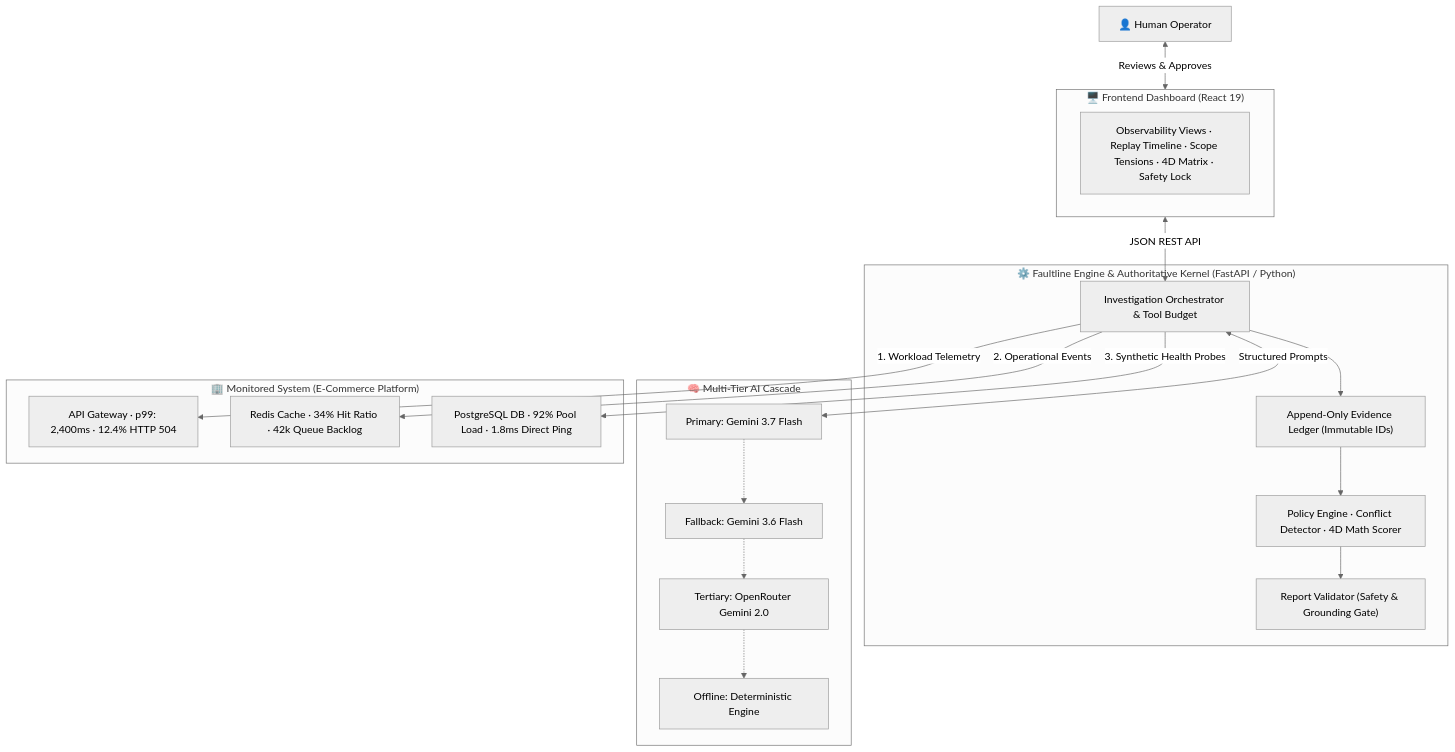
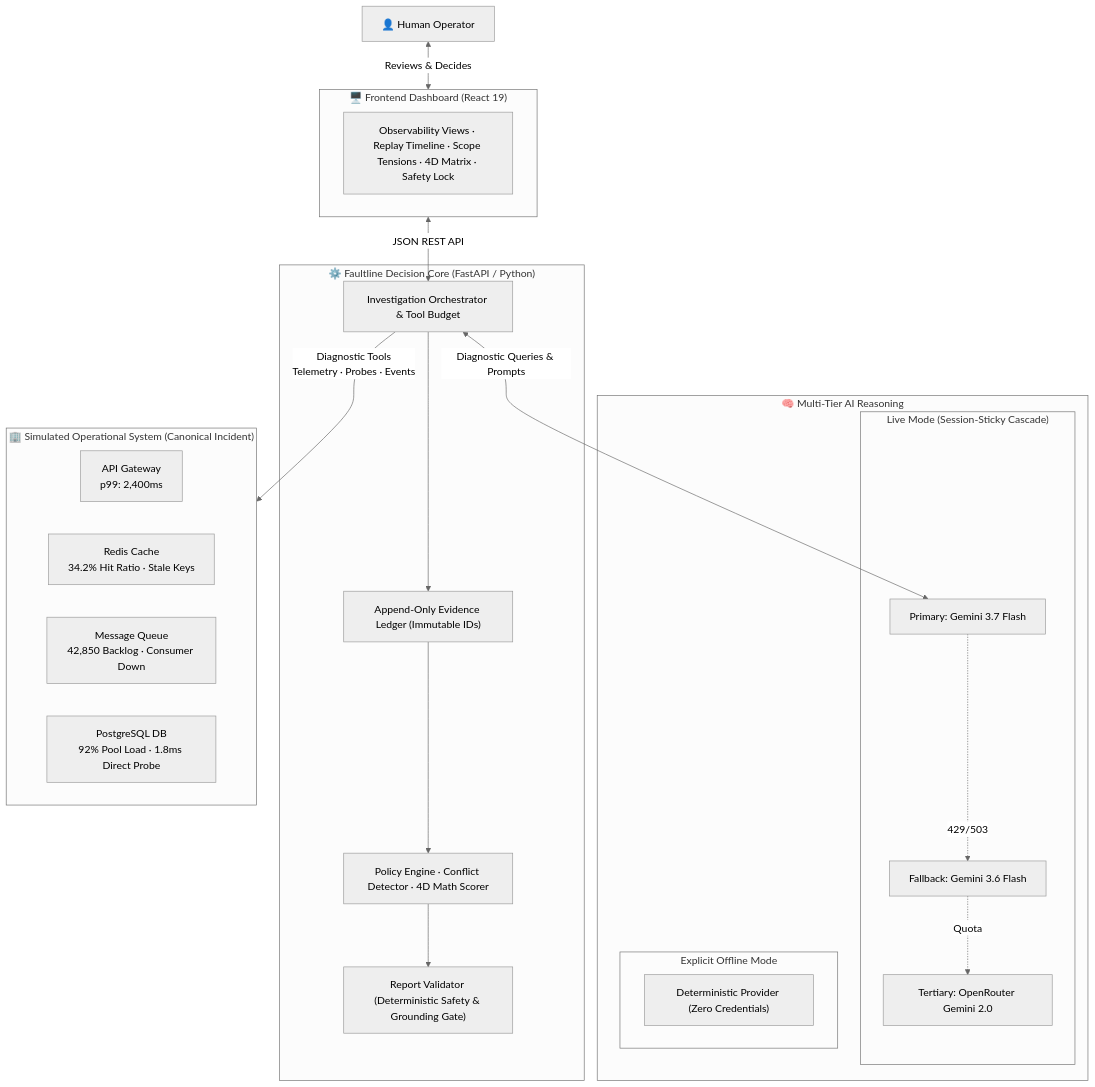
One commit to AnasBabari/LEC_AI changed the first of 3 diagrams in README.md. Above: the diagram before and after it, drawn with Mermaid (neutral theme). The commit also changed other lines of this file, not shown here.

First line of the commit message:
docs(readme): correct architecture diagrams, provider cascade tiers, and complete 6-scenario catalogue

````diff
--- a/README.md
+++ b/README.md
@@ -90,35 +90,38 @@
 ```mermaid
 flowchart TB
     subgraph UI["🖥️ Frontend Dashboard (React 19)"]
         Dash["Observability Views · Replay Timeline · Scope Tensions · 4D Matrix · Safety Lock"]
     end
 
-    subgraph Backend["⚙️ Faultline Engine & Authoritative Kernel (FastAPI / Python)"]
+    subgraph Backend["⚙️ Faultline Decision Core (FastAPI / Python)"]
         Orchestrator["Investigation Orchestrator & Tool Budget"]
         Ledger["Append-Only Evidence Ledger (Immutable IDs)"]
         Engine["Policy Engine · Conflict Detector · 4D Math Scorer"]
-        Validator["Report Validator (Safety & Grounding Gate)"]
+        Validator["Report Validator (Deterministic Safety & Grounding Gate)"]
         Orchestrator --> Ledger --> Engine --> Validator
     end
 
-    subgraph AI["🧠 Multi-Tier AI Cascade"]
-        Tier1["Primary: Gemini 3.7 Flash"]
-        Tier2["Fallback: Gemini 3.6 Flash"]
-        Tier3["Tertiary: OpenRouter Gemini 2.0"]
-        Tier4["Offline: Deterministic Engine"]
-        Tier1 -.-> Tier2 -.-> Tier3 -.-> Tier4
+    subgraph AI["🧠 Multi-Tier AI Reasoning"]
+        subgraph LiveMode["Live Mode (Session-Sticky Cascade)"]
+            Tier1["Primary: Gemini 3.7 Flash"]
+            Tier2["Fallback: Gemini 3.6 Flash"]
+            Tier3["Tertiary: OpenRouter Gemini 2.0"]
+            Tier1 -. 429/503 .-> Tier2 -. Quota .-> Tier3
+        end
+        subgraph OfflineMode["Explicit Offline Mode"]
+            Offline["Deterministic Provider (Zero Credentials)"]
+        end
     end
 
-    subgraph MonitoredSystem["🏢 Monitored System (E-Commerce Platform)"]
-        GW["API Gateway · p99: 2,400ms · 12.4% HTTP 504"]
-        Cache["Redis Cache · 34% Hit Ratio · 42k Queue Backlog"]
-        DB["PostgreSQL DB · 92% Pool Load · 1.8ms Direct Ping"]
+    subgraph Target["🏢 Simulated Operational System (Canonical Incident)"]
+        GW["API Gateway<br/>p99: 2,400ms"]
+        Cache["Redis Cache<br/>34.2% Hit Ratio · Stale Keys"]
+        MQ["Message Queue<br/>42,850 Backlog · Consumer Down"]
+        DB["PostgreSQL DB<br/>92% Pool Load · 1.8ms Direct Probe"]
     end
 
-    User["👤 Human Operator"] <-->|Reviews & Approves| UI
+    User["👤 Human Operator"] <-->|Reviews & Decides| UI
     UI <-->|JSON REST API| Orchestrator
-    Orchestrator <-->|Structured Prompts| Tier1
-    Orchestrator -->|1. Workload Telemetry| GW
-    Orchestrator -->|2. Operational Events| Cache
-    Orchestrator -->|3. Synthetic Health Probes| DB
+    Orchestrator <-->|Diagnostic Queries & Prompts| Tier1
+    Orchestrator -->|Diagnostic Tools<br/>Telemetry · Probes · Events| Target
 ```
````
